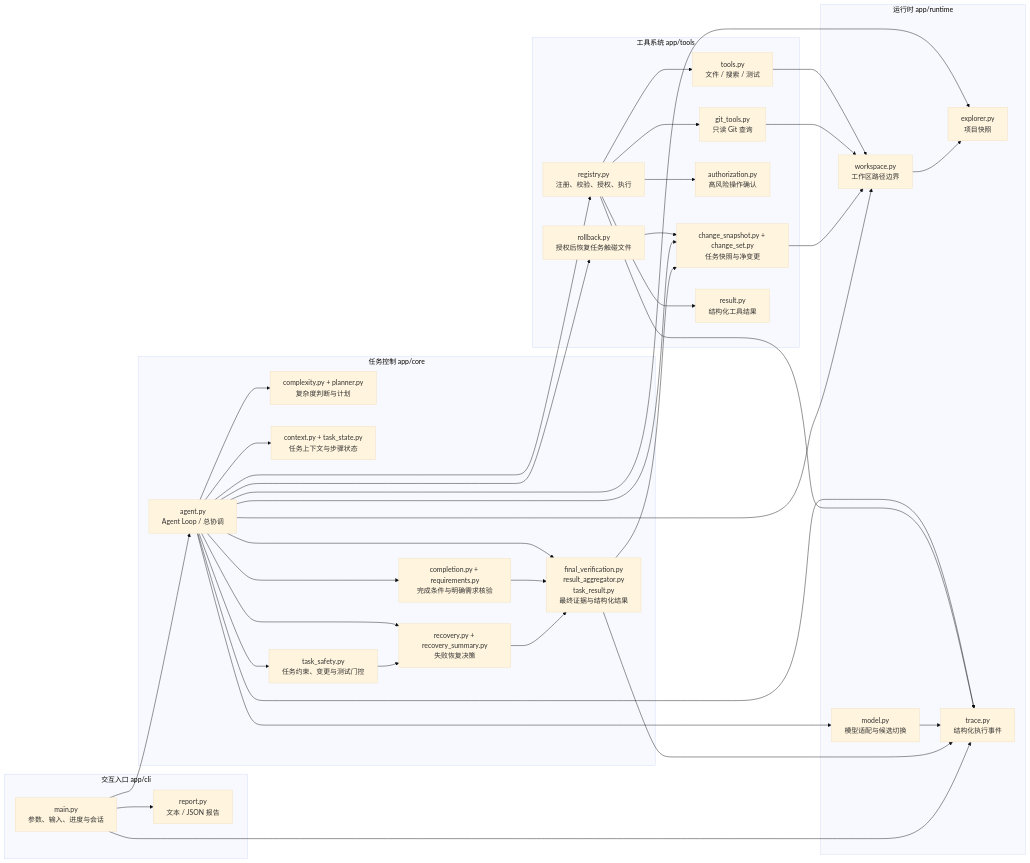
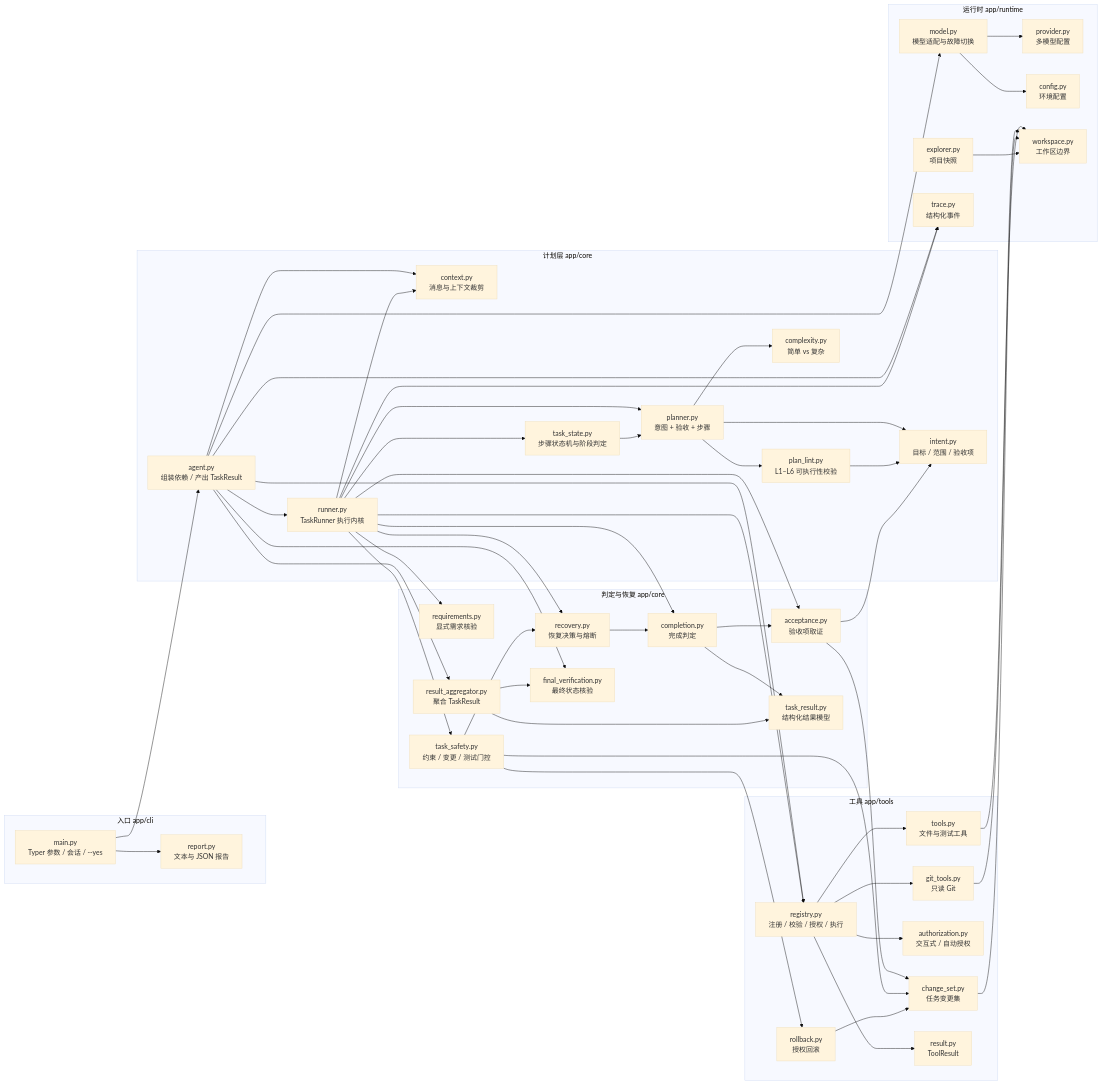
Before and after one commit to 317-wq/coding_agent: the diagram in diagram/module-map.mmd, drawn with Mermaid (base theme). The commit also changed 2 other files, not shown here.

Commit message:
docs: 更新模块关系与执行流程图

```diff
--- a/diagram/module-map.mmd
+++ b/diagram/module-map.mmd
@@ -1,67 +1,98 @@
-%% Mini Coding Agent 当前实现的主要文件 / 模块协作关系。
-%% 连线代表主要调用或数据依赖，不表示所有连线都是直接 import。
+%% Mini Coding Agent 当前实现的模块关系（MVP-0.9 之后）。
+%% 连线取自真实的 app 内部 import 关系，省略了纯数据类型模块之间的连边。
 flowchart LR
-    subgraph CLI[交互入口 app/cli]
-        Main[main.py<br/>参数、输入、进度与会话]
-        Report[report.py<br/>文本 / JSON 报告]
+    subgraph CLI[入口 app/cli]
+        Main["main.py<br/>Typer 参数 / 会话 / --yes"]
+        Report["report.py<br/>文本与 JSON 报告"]
         Main --> Report
     end
 
-    subgraph Core[任务控制 app/core]
-        Agent[agent.py<br/>Agent Loop / 总协调]
-        Planner[complexity.py + planner.py<br/>复杂度判断与计划]
-        Context[context.py + task_state.py<br/>任务上下文与步骤状态]
-        Safety[task_safety.py<br/>任务约束、变更与测试门控]
-        Completion[completion.py + requirements.py<br/>完成条件与明确需求核验]
-        Recovery[recovery.py + recovery_summary.py<br/>失败恢复决策]
-        Result[final_verification.py<br/>result_aggregator.py<br/>task_result.py<br/>最终证据与结构化结果]
-        Agent --> Planner
-        Agent --> Context
-        Agent --> Safety
-        Agent --> Completion
-        Agent --> Recovery
-        Agent --> Result
-        Safety --> Recovery
-        Completion --> Result
-        Recovery --> Result
+    subgraph PLAN[计划层 app/core]
+        Agent["agent.py<br/>组装依赖 / 产出 TaskResult"]
+        Runner["runner.py<br/>TaskRunner 执行内核"]
+        Planner["planner.py<br/>意图 + 验收 + 步骤"]
+        Lint["plan_lint.py<br/>L1–L6 可执行性校验"]
+        Intent["intent.py<br/>目标 / 范围 / 验收项"]
+        Complexity["complexity.py<br/>简单 vs 复杂"]
+        State["task_state.py<br/>步骤状态机与阶段判定"]
+        Context["context.py<br/>消息与上下文裁剪"]
     end
 
-    subgraph Runtime[运行时 app/runtime]
-        Workspace[workspace.py<br/>工作区路径边界]
-        Explorer[explorer.py<br/>项目快照]
-        Model[model.py<br/>模型适配与候选切换]
-        Trace[trace.py<br/>结构化执行事件]
+    subgraph VERIFY[判定与恢复 app/core]
+        Completion["completion.py<br/>完成判定"]
+        Acceptance["acceptance.py<br/>验收项取证"]
+        Requirements["requirements.py<br/>显式需求核验"]
+        Safety["task_safety.py<br/>约束 / 变更 / 测试门控"]
+        Recovery["recovery.py<br/>恢复决策与熔断"]
+        Aggregator["result_aggregator.py<br/>聚合 TaskResult"]
+        FinalVerify["final_verification.py<br/>最终状态核验"]
+        TaskResult["task_result.py<br/>结构化结果模型"]
     end
 
-    subgraph Tools[工具系统 app/tools]
-        Registry[registry.py<br/>注册、校验、授权、执行]
-        FileTools[tools.py<br/>文件 / 搜索 / 测试]
-        GitTools[git_tools.py<br/>只读 Git 查询]
-        Auth[authorization.py<br/>高风险操作确认]
-        Changes[change_snapshot.py + change_set.py<br/>任务快照与净变更]
-        Rollback[rollback.py<br/>授权后恢复任务触碰文件]
-        ToolResult[result.py<br/>结构化工具结果]
-        Registry --> FileTools
-        Registry --> GitTools
-        Registry --> Auth
-        Registry --> ToolResult
-        FileTools --> Workspace
-        GitTools --> Workspace
-        Changes --> Workspace
-        Rollback --> Changes
+    subgraph RUNTIME[运行时 app/runtime]
+        Model["model.py<br/>模型适配与故障切换"]
+        Provider["provider.py<br/>多模型配置"]
+        Config["config.py<br/>环境配置"]
+        Explorer["explorer.py<br/>项目快照"]
+        Trace["trace.py<br/>结构化事件"]
+        Workspace["workspace.py<br/>工作区边界"]
+    end
+
+    subgraph TOOLS[工具 app/tools]
+        Registry["registry.py<br/>注册 / 校验 / 授权 / 执行"]
+        FileTools["tools.py<br/>文件与测试工具"]
+        GitTools["git_tools.py<br/>只读 Git"]
+        Auth["authorization.py<br/>交互式 / 自动授权"]
+        ChangeSet["change_set.py<br/>任务变更集"]
+        Rollback["rollback.py<br/>授权回滚"]
+        ToolResult["result.py<br/>ToolResult"]
     end
 
     Main --> Agent
-    Agent --> Explorer
+    Agent --> Runner
+    Agent --> Context
     Agent --> Model
     Agent --> Registry
-    Agent --> Workspace
     Agent --> Trace
-    Agent --> Changes
-    Agent --> Rollback
-    Registry --> Trace
-    Model --> Trace
-    Workspace --> Explorer
-    Result --> Trace
-    Result --> Changes
-    Main --> Trace
+    Agent --> FinalVerify
+    Agent --> Aggregator
+
+    Runner --> Planner
+    Runner --> State
+    Runner --> Safety
+    Runner --> Completion
+    Runner --> Acceptance
+    Runner --> Requirements
+    Runner --> Context
+    Runner --> Recovery
+    Runner --> Trace
+    Runner --> Registry
+
+    Planner --> Complexity
+    Planner --> Intent
+    Planner --> Lint
+    Lint --> Intent
+    State --> Planner
+
+    Completion --> Acceptance
+    Completion --> TaskResult
+    Acceptance --> Intent
+    Acceptance --> ChangeSet
+    Safety --> Recovery
+    Safety --> ChangeSet
+    Safety --> Rollback
+    Recovery --> Completion
+    Aggregator --> TaskResult
+    Aggregator --> FinalVerify
+
+    Registry --> FileTools
+    Registry --> GitTools
+    Registry --> Auth
+    Registry --> ToolResult
+    FileTools --> Workspace
+    GitTools --> Workspace
+    ChangeSet --> Workspace
+    Rollback --> ChangeSet
+    Explorer --> Workspace
+    Model --> Provider
+    Model --> Config
```
